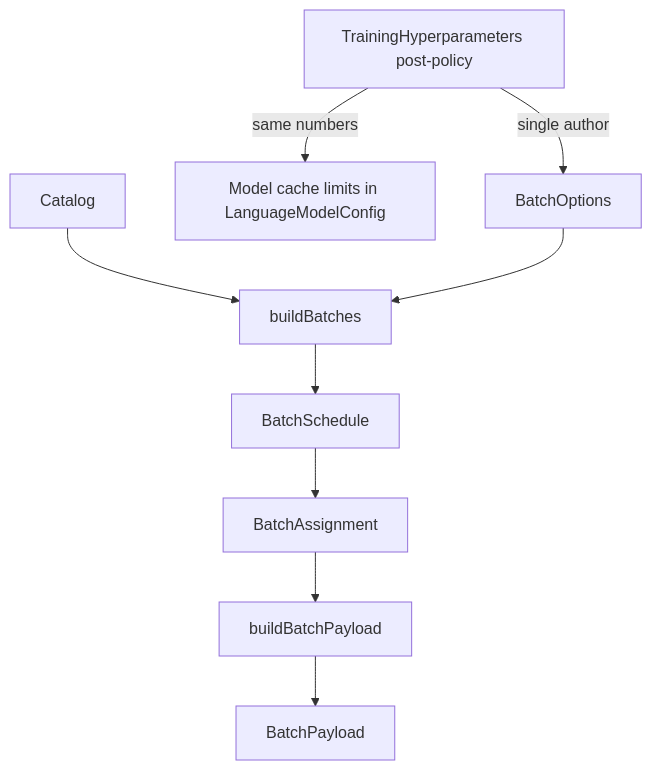
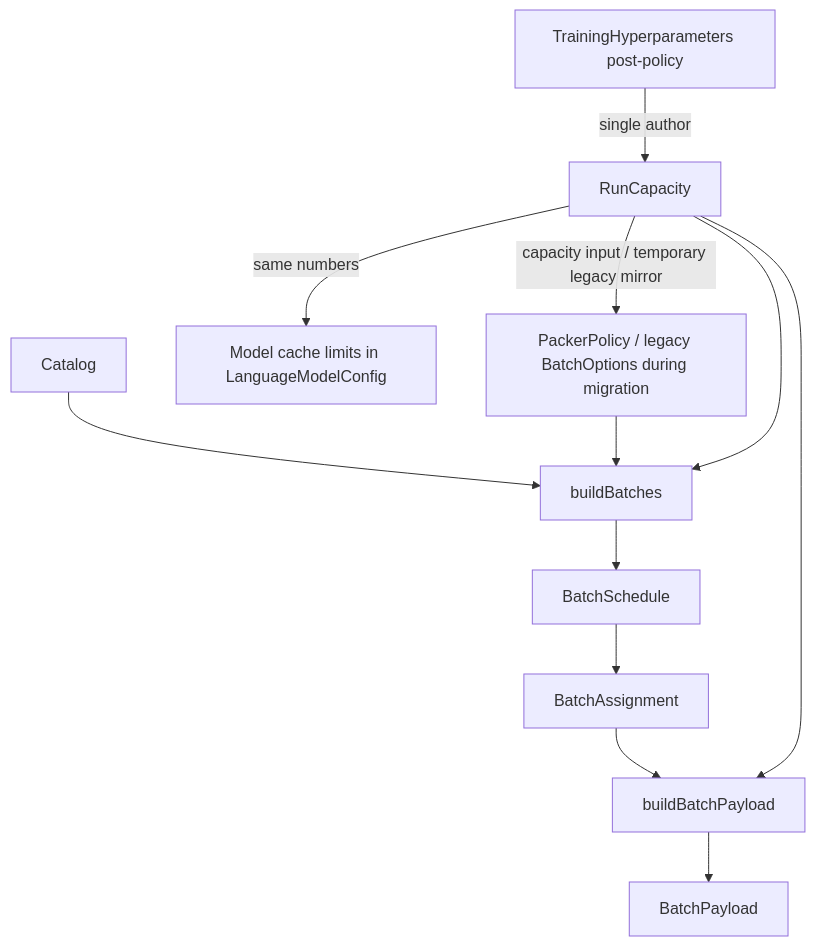
Before and after one commit to Reaper3825/G.R.I.M: the second of 3 diagrams in .cursor/plans/training_run_geometry_137132a5.plan.md, drawn with Mermaid. The commit also changed other lines of this file and 4 other files, not shown here.

First line of the commit message:
refactor: Integrate RunCapacity into Phase1 startup process

````diff
--- a/.cursor/plans/training_run_geometry_137132a5.plan.md
+++ b/.cursor/plans/training_run_geometry_137132a5.plan.md
@@ -470,17 +484,21 @@
 ```mermaid
 flowchart TB
   HP[TrainingHyperparameters post-policy]
-  BO[BatchOptions]
+  RC[RunCapacity]
+  PP[PackerPolicy / legacy BatchOptions during migration]
   BS[BatchSchedule]
   BA[BatchAssignment]
   BP[BatchPayload]
   MD[Model cache limits in LanguageModelConfig]
-  HP -->|"single author"| BO
-  HP -->|"same numbers"| MD
+  HP -->|"single author"| RC
+  RC -->|"same numbers"| MD
+  RC -->|"capacity input / temporary legacy mirror"| PP
   Cat[Catalog] --> buildB[buildBatches]
-  BO --> buildB
+  PP --> buildB
+  RC --> buildB
   buildB --> BS
   BS --> BA
   BA --> buildP[buildBatchPayload]
+  RC --> buildP
   buildP --> BP
 ```
````
